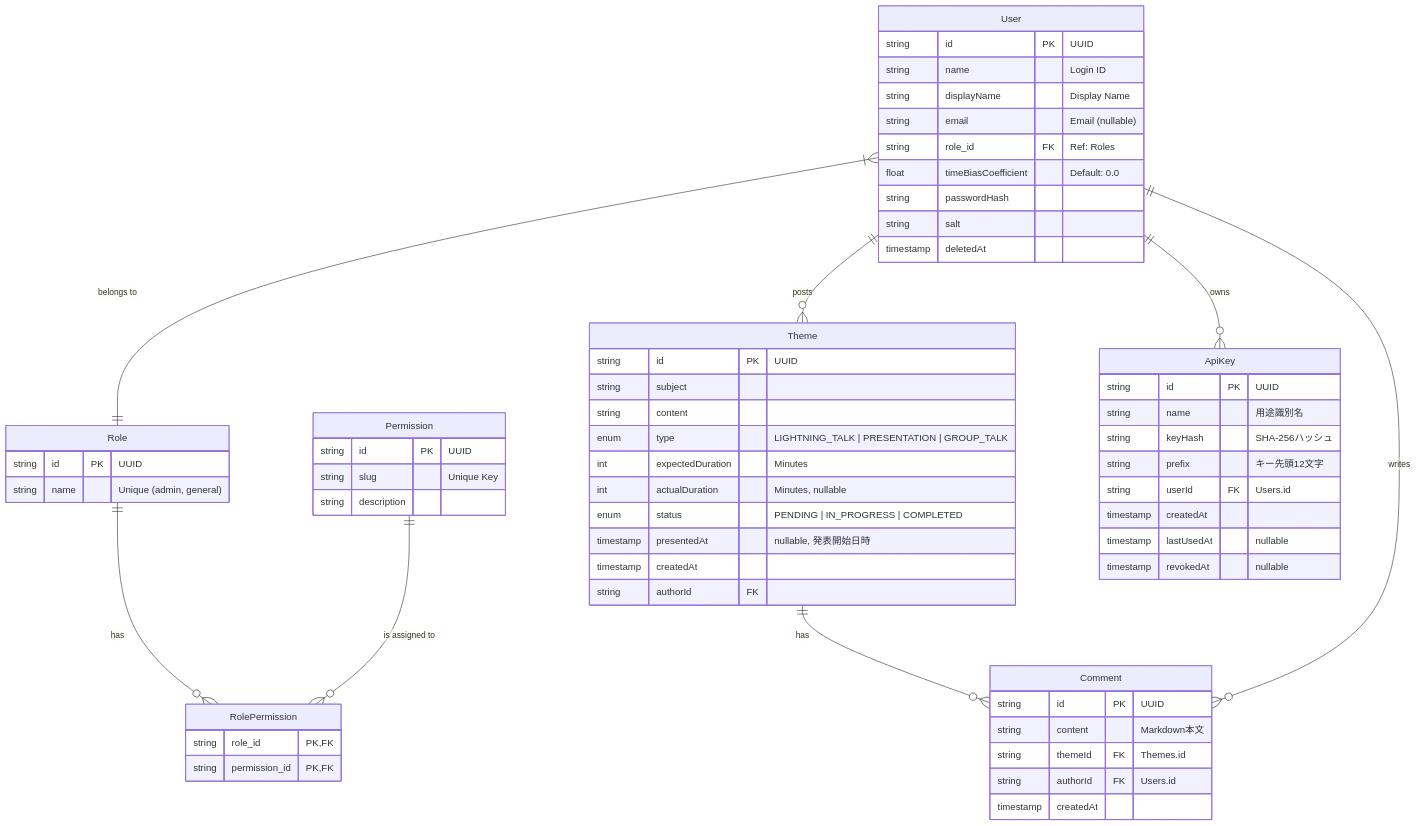
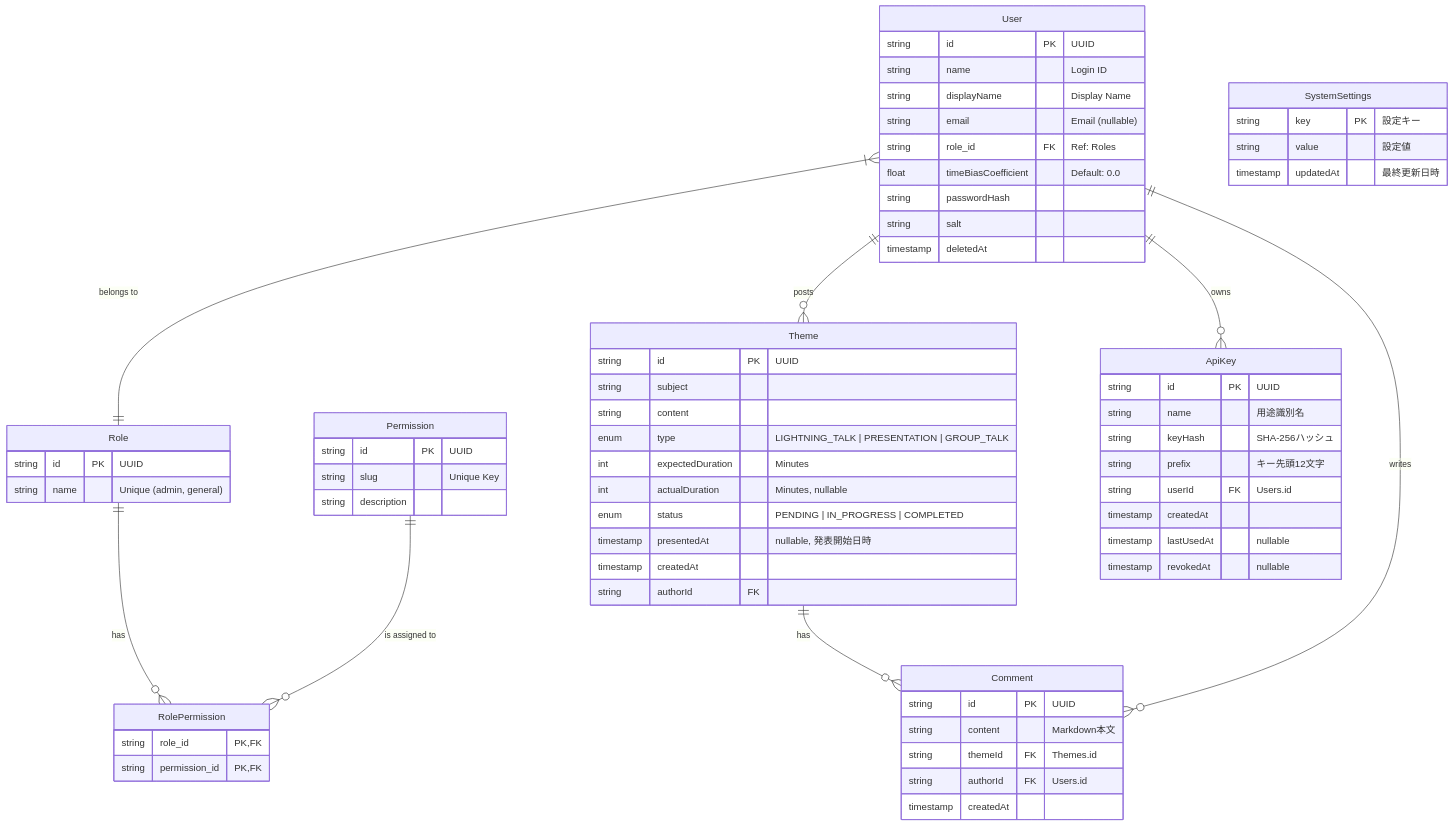
One commit to SaKaneko/omikuji-gum-talk-next changed the diagram in doc/design.md. Above: the diagram before and after it, drawn with Mermaid. The commit also changed other lines of this file and 11 other files, not shown here.

````diff
--- a/doc/design.md
+++ b/doc/design.md
@@ -31,63 +31,69 @@
 ```mermaid
 erDiagram
     User }|--|| Role : "belongs to"
     Role ||--o{ RolePermission : "has"
     Permission ||--o{ RolePermission : "is assigned to"
     User ||--o{ Theme : "posts"
     User ||--o{ ApiKey : "owns"
     Theme ||--o{ Comment : "has"
     User ||--o{ Comment : "writes"
+
+    SystemSettings {
+        string key PK "設定キー"
+        string value "設定値"
+        timestamp updatedAt "最終更新日時"
+    }
 
     User {
         string id PK "UUID"
         string name "Login ID"
         string displayName "Display Name"
         string email "Email (nullable)"
         string role_id FK "Ref: Roles"
         float timeBiasCoefficient "Default: 0.0"
         string passwordHash
         string salt
         timestamp deletedAt
     }
     Role {
         string id PK "UUID"
         string name "Unique (admin, general)"
     }
     Permission {
         string id PK "UUID"
         string slug "Unique Key"
         string description
     }
     RolePermission {
         string role_id PK, FK
         string permission_id PK, FK
     }
     Theme {
         string id PK "UUID"
         string subject
         string content
         enum type "LIGHTNING_TALK | PRESENTATION | GROUP_TALK"
         int expectedDuration "Minutes"
         int actualDuration "Minutes, nullable"
         enum status "PENDING | IN_PROGRESS | COMPLETED"
         timestamp presentedAt "nullable, 発表開始日時"
         timestamp createdAt
         string authorId FK
     }
     ApiKey {
         string id PK "UUID"
         string name "用途識別名"
         string keyHash "SHA-256ハッシュ"
         string prefix "キー先頭12文字"
         string userId FK "Users.id"
         timestamp createdAt
         timestamp lastUsedAt "nullable"
         timestamp revokedAt "nullable"
     }    Comment {
         string id PK "UUID"
         string content "Markdown本文"
         string themeId FK "Themes.id"
         string authorId FK "Users.id"
         timestamp createdAt
     }
 ```
````
